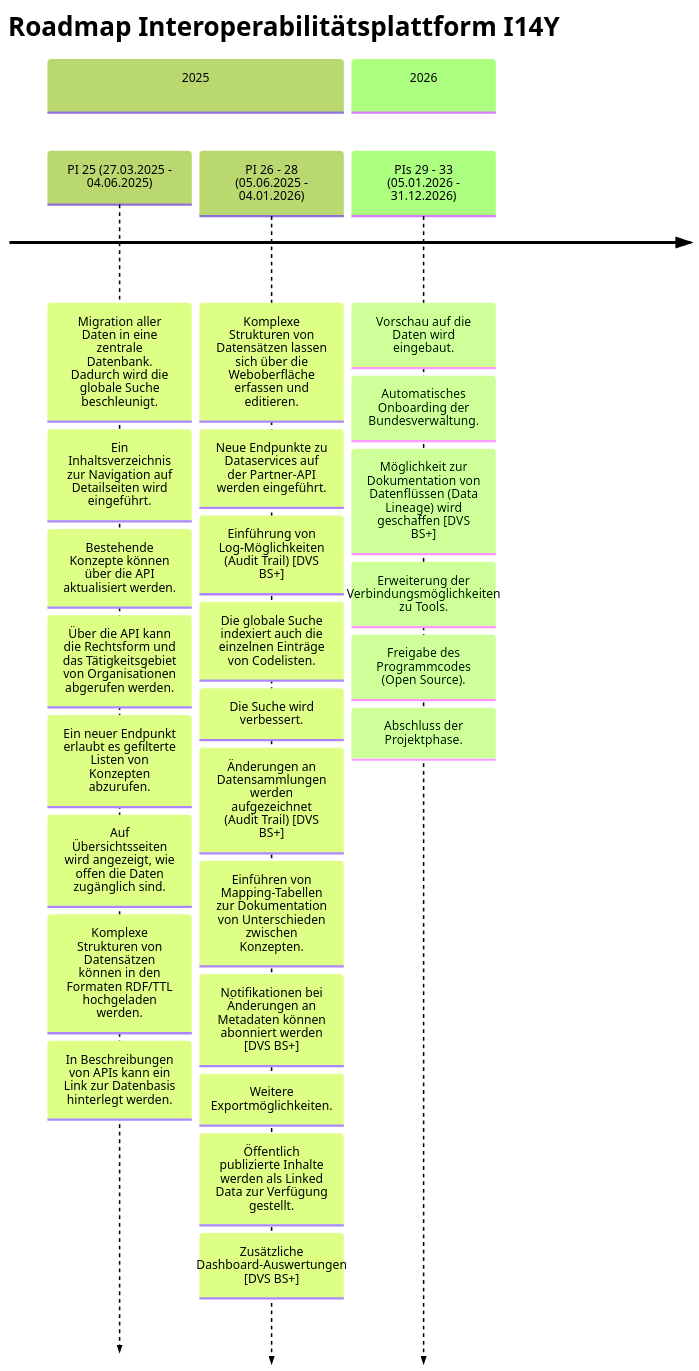
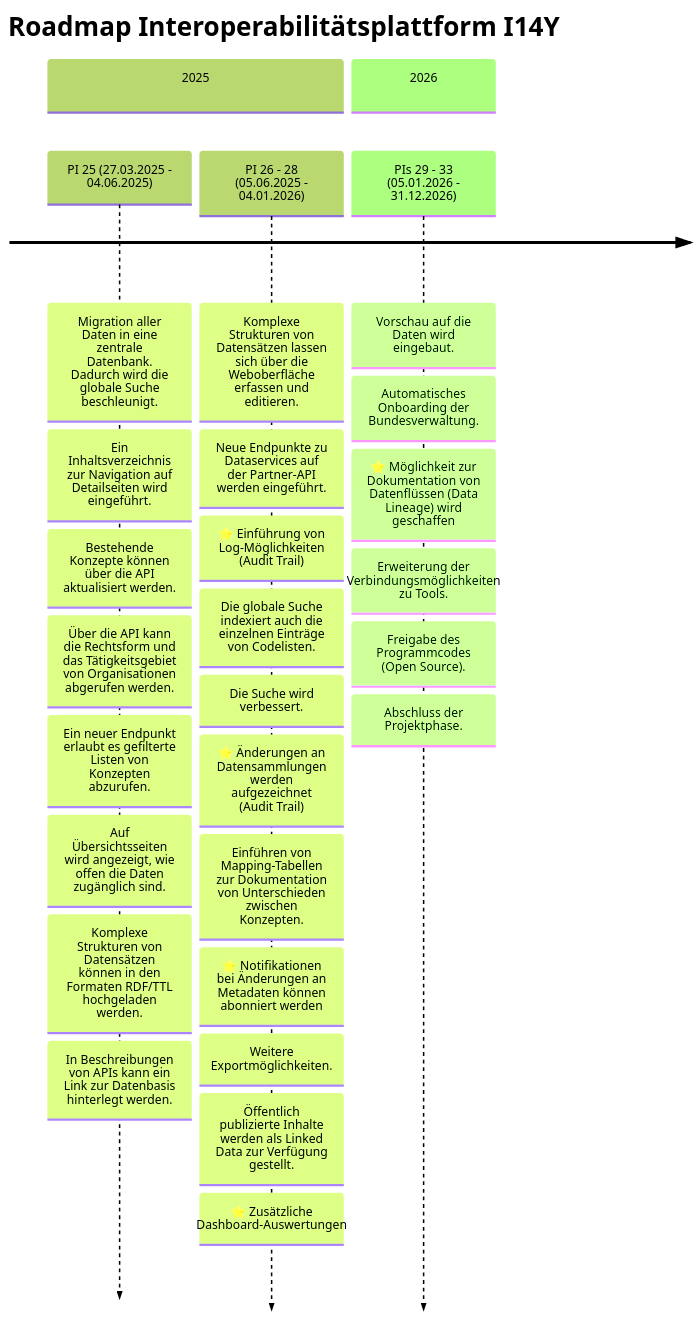
Before and after one commit to I14Y-ch/handbook: the diagram in content/de/plattform/roadmap.md, drawn with Mermaid (forest theme). The commit also changed other lines of this file, not shown here.

Commit message:
Fixed timeline.

```diff
--- a/content/de/plattform/roadmap.md
+++ b/content/de/plattform/roadmap.md
@@ -21,37 +21,37 @@
 {{< mermaid width="650px" >}}
 timeline
     title Roadmap Interoperabilitätsplattform I14Y
     
     section 2025
         PI 25 (27.03.2025 - 04.06.2025)
         : Migration aller Daten in eine zentrale Datenbank. Dadurch wird die globale Suche beschleunigt.
         : Ein Inhaltsverzeichnis zur Navigation auf Detailseiten wird eingeführt.
         : Bestehende Konzepte können über die API aktualisiert werden.
         : Über die API kann die Rechtsform und das Tätigkeitsgebiet von Organisationen abgerufen werden.
         : Ein neuer Endpunkt erlaubt es gefilterte Listen von Konzepten abzurufen.
         : Auf Übersichtsseiten wird angezeigt, wie offen die Daten zugänglich sind. 
         : Komplexe Strukturen von Datensätzen können in den Formaten RDF/TTL hochgeladen werden. 
         : In Beschreibungen von APIs kann ein Link zur Datenbasis hinterlegt werden.  
         
         PI 26 - 28 (05.06.2025 - 04.01.2026)
         : Komplexe Strukturen von Datensätzen lassen sich über die Weboberfläche erfassen und editieren.
         : Neue Endpunkte zu Dataservices auf der Partner-API werden eingeführt.
-        : Einführung von Log-Möglichkeiten (Audit Trail) [DVS BS+]
+        : ⭐ Einführung von Log-Möglichkeiten (Audit Trail)
         : Die globale Suche indexiert auch die einzelnen Einträge von Codelisten. 
         : Die Suche wird verbessert.
-        : Änderungen an Datensammlungen werden aufgezeichnet (Audit Trail) [DVS BS+]
+        : ⭐ Änderungen an Datensammlungen werden aufgezeichnet (Audit Trail)
         : Einführen von Mapping-Tabellen zur Dokumentation von Unterschieden zwischen Konzepten.
-        : Notifikationen bei Änderungen an Metadaten können abonniert werden [DVS BS+]
+        : ⭐ Notifikationen bei Änderungen an Metadaten können abonniert werden
         : Weitere Exportmöglichkeiten.
         : Öffentlich publizierte Inhalte werden als Linked Data zur Verfügung gestellt.
-        : Zusätzliche Dashboard-Auswertungen [DVS BS+]
+        : ⭐ Zusätzliche Dashboard-Auswertungen
   
     section 2026
         PIs 29 - 33 (05.01.2026 - 31.12.2026)
         : Vorschau auf die Daten wird eingebaut.
         : Automatisches Onboarding der Bundesverwaltung.
-        : Möglichkeit zur Dokumentation von Datenflüssen (Data Lineage) wird geschaffen [DVS BS+]
+        : ⭐ Möglichkeit zur Dokumentation von Datenflüssen (Data Lineage) wird geschaffen
         : Erweiterung der Verbindungsmöglichkeiten zu Tools.
         : Freigabe des Programmcodes (Open Source).
         : Abschluss der Projektphase.
 {{< /mermaid >}}
```
